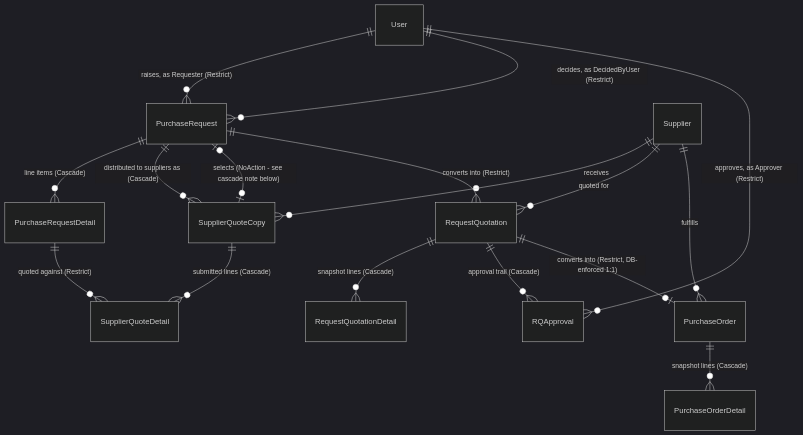
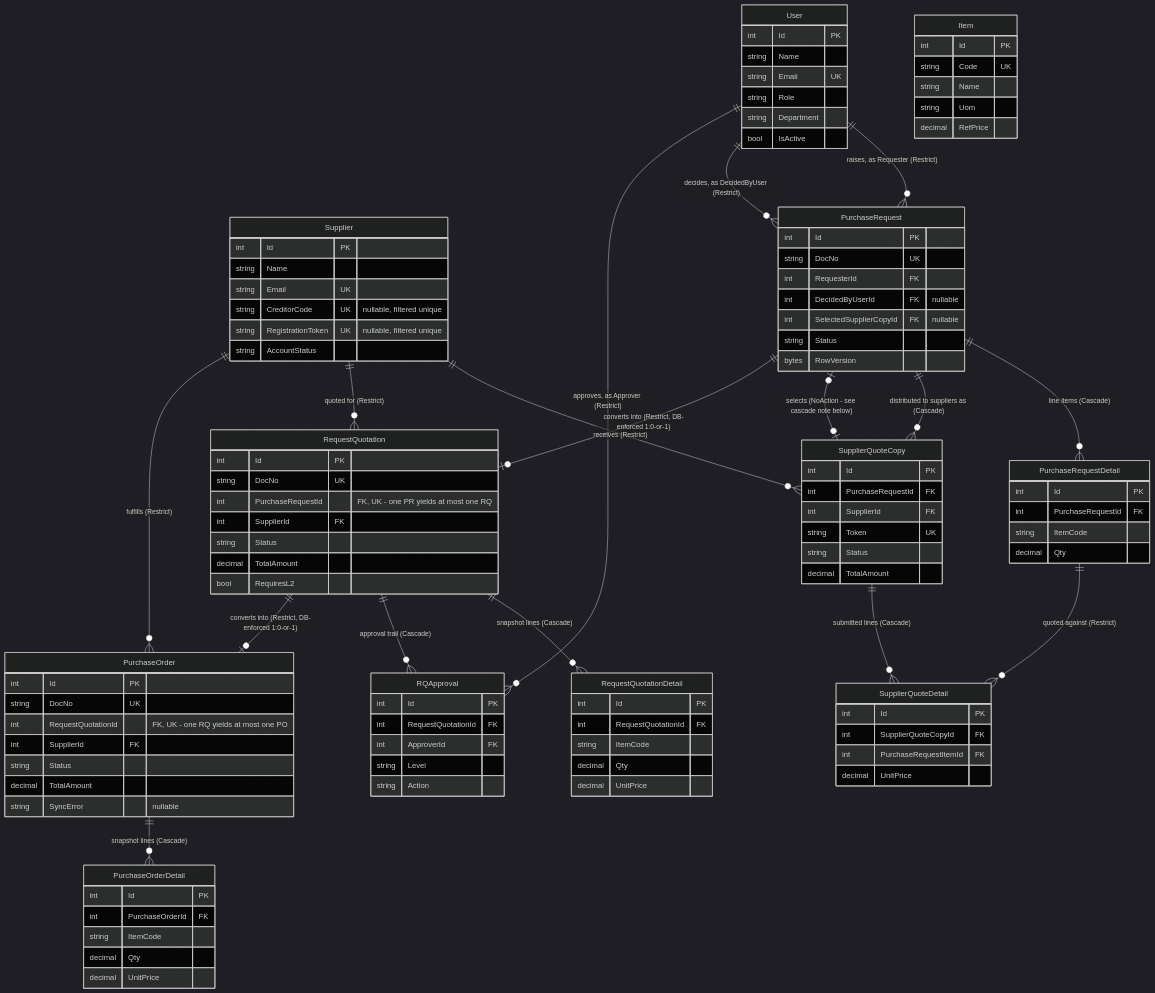
Before and after one commit to ahchong14/PFP_Procurement: the diagram in PFP.Infrastructure/Doc_Ref/Infrastructure.md, drawn with Mermaid (dark theme). The commit also changed other lines of this file and 16 other files, not shown here.

````diff
--- a/PFP.Infrastructure/Doc_Ref/Infrastructure.md
+++ b/PFP.Infrastructure/Doc_Ref/Infrastructure.md
@@ -64,5 +65,97 @@
 ```mermaid
 erDiagram
+    User {
+        int Id PK
+        string Name
+        string Email UK
+        string Role
+        string Department
+        bool IsActive
+    }
+    Supplier {
+        int Id PK
+        string Name
+        string Email UK
+        string CreditorCode UK "nullable, filtered unique"
+        string RegistrationToken UK "nullable, filtered unique"
+        string AccountStatus
+    }
+    Item {
+        int Id PK
+        string Code UK
+        string Name
+        string Uom
+        decimal RefPrice
+    }
+    PurchaseRequest {
+        int Id PK
+        string DocNo UK
+        int RequesterId FK
+        int DecidedByUserId FK "nullable"
+        int SelectedSupplierCopyId FK "nullable"
+        string Status
+        bytes RowVersion
+    }
+    PurchaseRequestDetail {
+        int Id PK
+        int PurchaseRequestId FK
+        string ItemCode
+        decimal Qty
+    }
+    SupplierQuoteCopy {
+        int Id PK
+        int PurchaseRequestId FK
+        int SupplierId FK
+        string Token UK
+        string Status
+        decimal TotalAmount
+    }
+    SupplierQuoteDetail {
+        int Id PK
+        int SupplierQuoteCopyId FK
+        int PurchaseRequestItemId FK
+        decimal UnitPrice
+    }
+    RequestQuotation {
+        int Id PK
+        string DocNo UK
+        int PurchaseRequestId "FK, UK - one PR yields at most one RQ"
+        int SupplierId FK
+        string Status
+        decimal TotalAmount
+        bool RequiresL2
+    }
+    RequestQuotationDetail {
+        int Id PK
+        int RequestQuotationId FK
+        string ItemCode
+        decimal Qty
+        decimal UnitPrice
+    }
+    RQApproval {
+        int Id PK
+        int RequestQuotationId FK
+        int ApproverId FK
+        string Level
+        string Action
+    }
+    PurchaseOrder {
+        int Id PK
+        string DocNo UK
+        int RequestQuotationId "FK, UK - one RQ yields at most one PO"
+        int SupplierId FK
+        string Status
+        decimal TotalAmount
+        string SyncError "nullable"
+    }
+    PurchaseOrderDetail {
+        int Id PK
+        int PurchaseOrderId FK
+        string ItemCode
+        decimal Qty
+        decimal UnitPrice
+    }
+
     User ||--o{ PurchaseRequest : "raises, as Requester (Restrict)"
     User ||--o{ PurchaseRequest : "decides, as DecidedByUser (Restrict)"
     User ||--o{ RQApproval : "approves, as Approver (Restrict)"
@@ -70,18 +163,18 @@
     PurchaseRequest ||--o{ PurchaseRequestDetail : "line items (Cascade)"
     PurchaseRequest ||--o{ SupplierQuoteCopy : "distributed to suppliers as (Cascade)"
     PurchaseRequest |o--o| SupplierQuoteCopy : "selects (NoAction - see cascade note below)"
-    PurchaseRequest ||--o{ RequestQuotation : "converts into (Restrict)"
+    PurchaseRequest ||--o| RequestQuotation : "converts into (Restrict, DB-enforced 1:0-or-1)"
 
-    Supplier ||--o{ SupplierQuoteCopy : "receives"
-    Supplier ||--o{ RequestQuotation : "quoted for"
-    Supplier ||--o{ PurchaseOrder : "fulfills"
+    Supplier ||--o{ SupplierQuoteCopy : "receives (Restrict)"
+    Supplier ||--o{ RequestQuotation : "quoted for (Restrict)"
+    Supplier ||--o{ PurchaseOrder : "fulfills (Restrict)"
 
     SupplierQuoteCopy ||--o{ SupplierQuoteDetail : "submitted lines (Cascade)"
     PurchaseRequestDetail ||--o{ SupplierQuoteDetail : "quoted against (Restrict)"
 
     RequestQuotation ||--o{ RequestQuotationDetail : "snapshot lines (Cascade)"
     RequestQuotation ||--o{ RQApproval : "approval trail (Cascade)"
-    RequestQuotation ||--o| PurchaseOrder : "converts into (Restrict, DB-enforced 1:1)"
+    RequestQuotation ||--o| PurchaseOrder : "converts into (Restrict, DB-enforced 1:0-or-1)"
 
     PurchaseOrder ||--o{ PurchaseOrderDetail : "snapshot lines (Cascade)"
 ```
````
